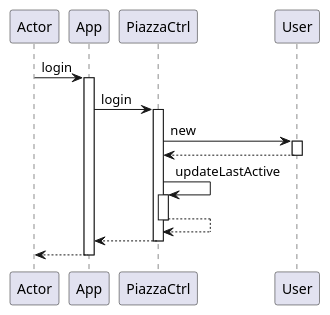
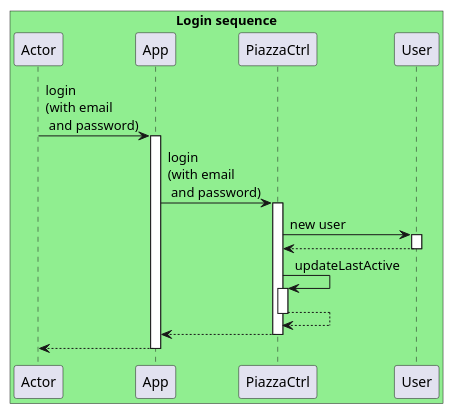
One commit to jonatanr2000/databaseprojsekt-del2 changed the diagram in LoginSequenceDiagram.puml. Above: the diagram before and after it, drawn with PlantUML. The commit also changed 3 other files, not shown here.

Commit message:
vegan uml

```diff
--- a/LoginSequenceDiagram.puml
+++ b/LoginSequenceDiagram.puml
@@ -1,18 +1,19 @@
 @startuml
+box "Login sequence" #lightgreen
 participant Actor
-Actor -> App : login
+Actor -> App : login \n(with email \n and password)
 activate App
-App -> PiazzaCtrl : login
+App -> PiazzaCtrl : login \n(with email \n and password)
 activate PiazzaCtrl
-PiazzaCtrl -> User : new
+PiazzaCtrl -> User : new user
 activate User
 User --> PiazzaCtrl
 deactivate User
 PiazzaCtrl -> PiazzaCtrl : updateLastActive
 activate PiazzaCtrl
 PiazzaCtrl --> PiazzaCtrl
 deactivate PiazzaCtrl
 PiazzaCtrl --> App
 deactivate PiazzaCtrl
 return
 @enduml
```
